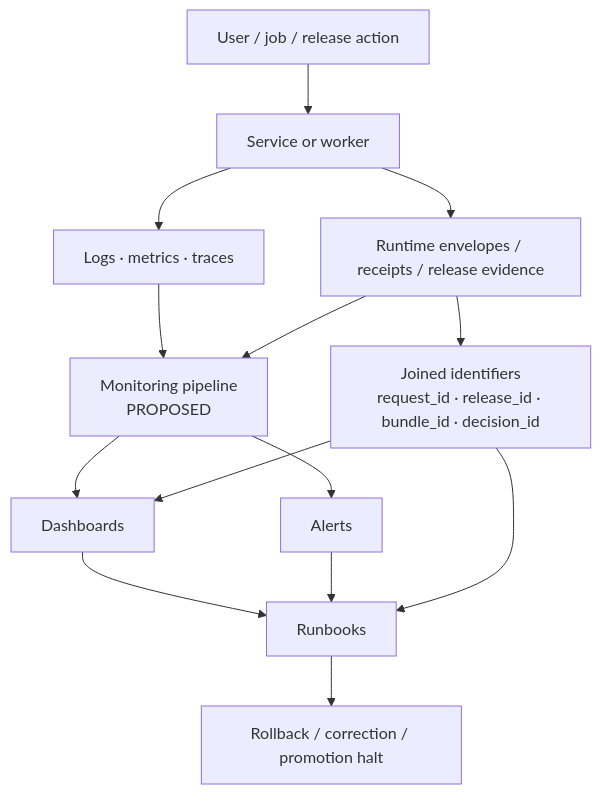
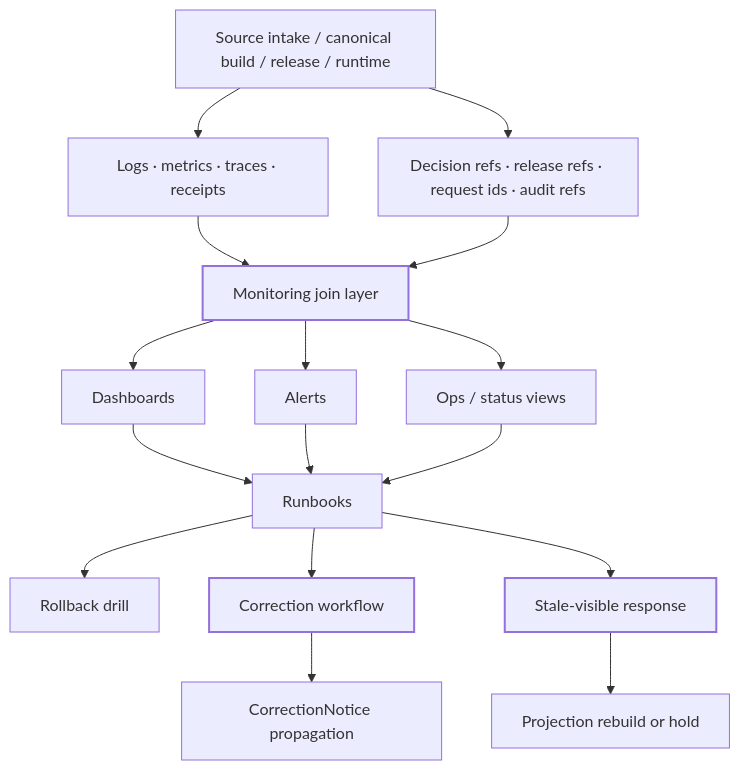
Before and after one commit to bartytime4life/Kansas-Frontier-Matrix: the diagram in infra/monitoring/README.md, drawn with Mermaid. The commit also changed other lines of this file, not shown here.

First line of the commit message:
Revise README for monitoring verification and clarity

````diff
--- a/infra/monitoring/README.md
+++ b/infra/monitoring/README.md
@@ -177,20 +261,27 @@
 ```mermaid
 flowchart TD
-    U[User / job / release action] --> S[Service or worker]
-    S --> T[Logs · metrics · traces]
-    S --> E[Runtime envelopes / receipts / release evidence]
+    A[Source intake / canonical build / release / runtime] --> B[Logs · metrics · traces · receipts]
+    A --> C[Decision refs · release refs · request ids · audit refs]
 
-    T --> C[Monitoring pipeline<br/>PROPOSED]
-    E --> C
+    B --> D[Monitoring join layer]
+    C --> D
 
-    C --> D[Dashboards]
-    C --> A[Alerts]
-    D --> R[Runbooks]
-    A --> R
+    D --> E[Dashboards]
+    D --> F[Alerts]
+    D --> G[Ops / status views]
 
-    E --> J[Joined identifiers<br/>request_id · release_id · bundle_id · decision_id]
-    J --> D
-    J --> R
+    E --> H[Runbooks]
+    F --> H
+    G --> H
 
-    R --> X[Rollback / correction / promotion halt]
+    H --> I[Rollback drill]
+    H --> J[Correction workflow]
+    H --> K[Stale-visible response]
+
+    J --> L[CorrectionNotice propagation]
+    K --> M[Projection rebuild or hold]
+
+    style D stroke-width:2px
+    style J stroke-width:2px
+    style K stroke-width:2px
 ```
````
